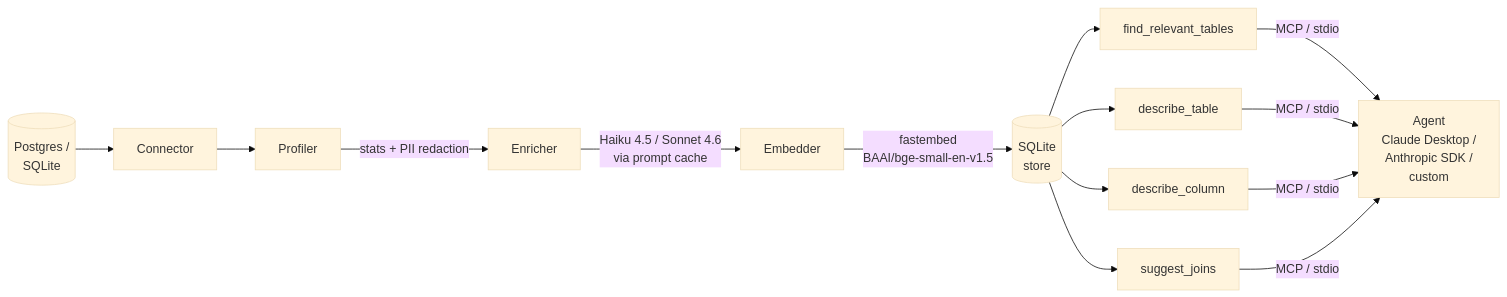
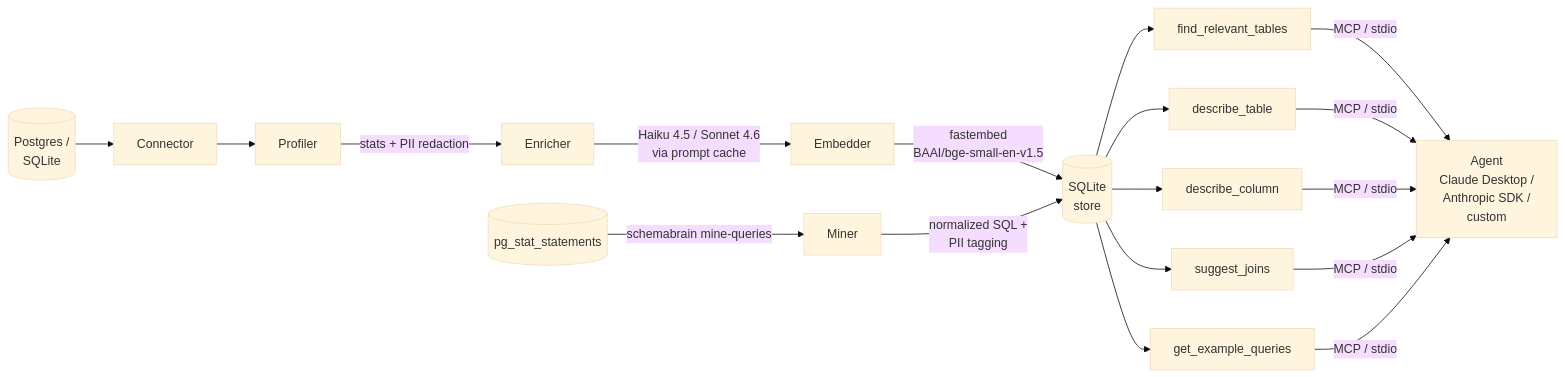
The diagram in docs/architecture.md (Arun-kc/schemabrain), drawn with Mermaid (base theme) before and after one commit. The commit also changed other lines of this file and 2 other files, not shown here.

First line of the commit message:
docs: refresh post v0.2.0a1 — 5 tools, max_hops 6, query-log mining

````diff
--- a/docs/architecture.md
+++ b/docs/architecture.md
@@ -8,15 +8,19 @@
 ```mermaid
 flowchart LR
     DB[(Postgres /<br/>SQLite)] --> Connector
     Connector --> Profiler
     Profiler -->|stats + PII redaction| Enricher
     Enricher -->|Haiku 4.5 / Sonnet 4.6<br/>via prompt cache| Embedder
     Embedder -->|fastembed<br/>BAAI/bge-small-en-v1.5| Store[(SQLite<br/>store)]
 
+    QueryLog[(pg_stat_statements)] -->|schemabrain mine-queries| Miner
+    Miner -->|normalized SQL +<br/>PII tagging| Store
+
     Store --> Tool1[find_relevant_tables]
     Store --> Tool2[describe_table]
     Store --> Tool3[describe_column]
     Store --> Tool4[suggest_joins]
+    Store --> Tool5[get_example_queries]
 
-    Tool1 & Tool2 & Tool3 & Tool4 -->|MCP / stdio| Agent[Agent<br/>Claude Desktop /<br/>Anthropic SDK /<br/>custom]
+    Tool1 & Tool2 & Tool3 & Tool4 & Tool5 -->|MCP / stdio| Agent[Agent<br/>Claude Desktop /<br/>Anthropic SDK /<br/>custom]
 ```
````
